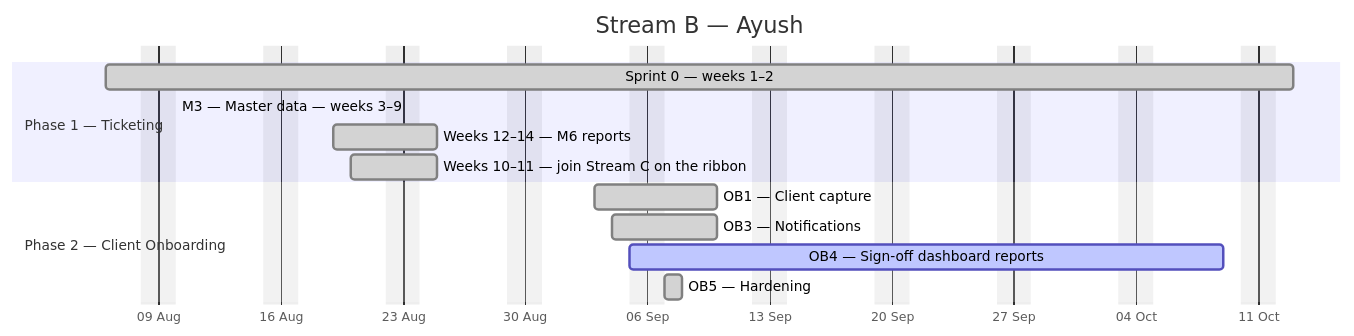
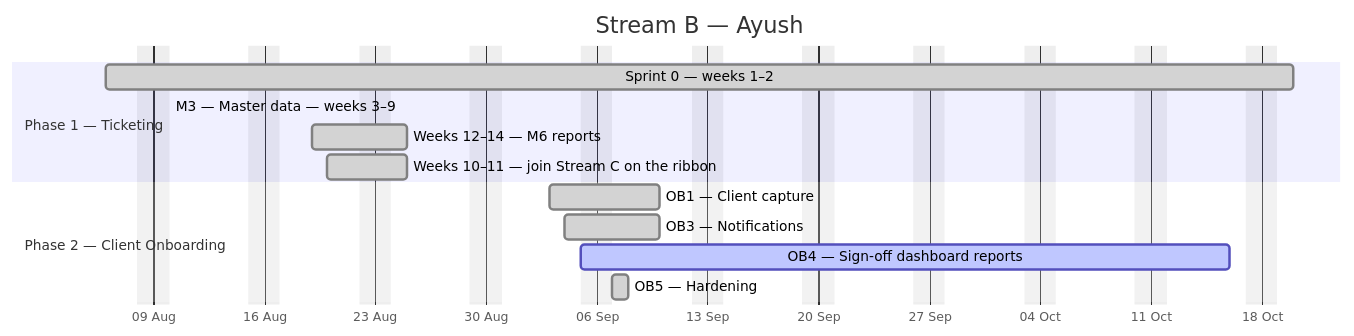
One commit to debashisedunext/EduTrack changed the second of 4 diagrams in docs/plan/GANTT.md. Above: the diagram before and after it, drawn with Mermaid. The commit also changed other lines of this file and 2 other files, not shown here.

````diff
--- a/docs/plan/GANTT.md
+++ b/docs/plan/GANTT.md
@@ -135,17 +135,17 @@
 ```mermaid
 gantt
     dateFormat YYYY-MM-DD
     axisFormat %d %b
     title Stream B — Ayush
     excludes weekends
     section Phase 1 — Ticketing
-    Sprint 0 — weeks 1–2 :done, b0, 2026-08-06, 48d
-    M3 — Master data — weeks 3–9 :done, b1, 2026-08-10, -35d
+    Sprint 0 — weeks 1–2 :done, b0, 2026-08-06, 53d
+    M3 — Master data — weeks 3–9 :done, b1, 2026-08-10, -40d
     Weeks 12–14 — M6 reports :done, b2, 2026-08-19, 4d
     Weeks 10–11 — join Stream C on the ribbon :done, b3, 2026-08-20, 3d
     section Phase 2 — Client Onboarding
     OB1 — Client capture :done, b4, 2026-09-03, 5d
     OB3 — Notifications :done, b5, 2026-09-04, 4d
-    OB4 — Sign-off  dashboard  reports :active, b6, 2026-09-05, 25d
+    OB4 — Sign-off  dashboard  reports :active, b6, 2026-09-05, 30d
     OB5 — Hardening :done, b7, 2026-09-07, 1d
 ```
````
